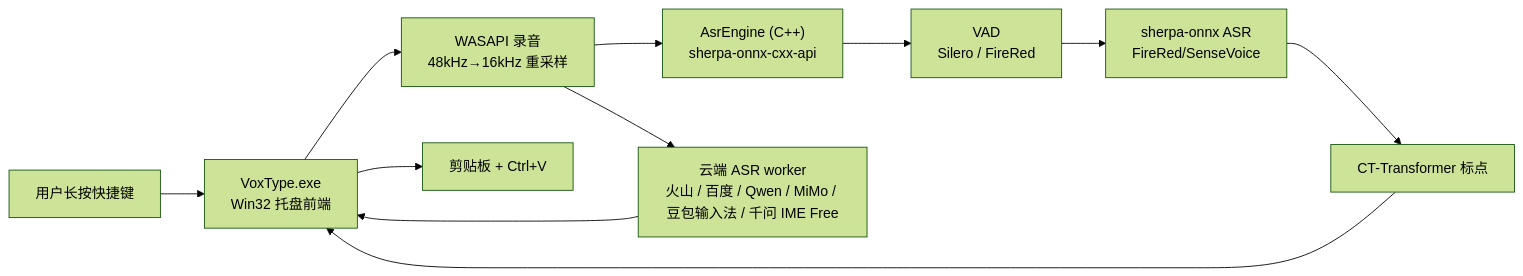
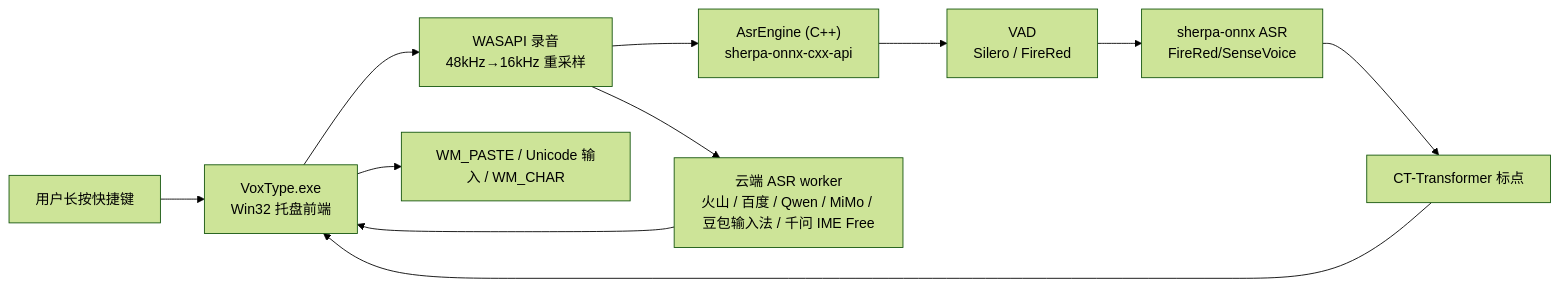
Before and after one commit to melody0709/VoxType: the first of 2 diagrams in doc/ARCHITECTURE_zh.md, drawn with Mermaid (forest theme). The commit also changed other lines of this file and 32 other files, not shown here.

````diff
--- a/doc/ARCHITECTURE_zh.md
+++ b/doc/ARCHITECTURE_zh.md
@@ -9,13 +9,13 @@
 ```mermaid
 flowchart LR
     User["用户长按快捷键"] --> Frontend["VoxType.exe<br/>Win32 托盘前端"]
     Frontend --> Recorder["WASAPI 录音<br/>48kHz→16kHz 重采样"]
     Recorder --> Engine["AsrEngine (C++)<br/>sherpa-onnx-cxx-api"]
     Recorder --> Cloud["云端 ASR worker<br/>火山 / 百度 / Qwen / MiMo / 豆包输入法 / 千问 IME Free"]
     Engine --> VAD["VAD<br/>Silero / FireRed"]
     VAD --> ASR["sherpa-onnx ASR<br/>FireRed/SenseVoice"]
     ASR --> Punct["CT-Transformer 标点"]
     Punct --> Frontend
     Cloud --> Frontend
-    Frontend --> Inject["剪贴板 + Ctrl+V"]
+    Frontend --> Inject["WM_PASTE / Unicode 输入 / WM_CHAR"]
 ```
````
